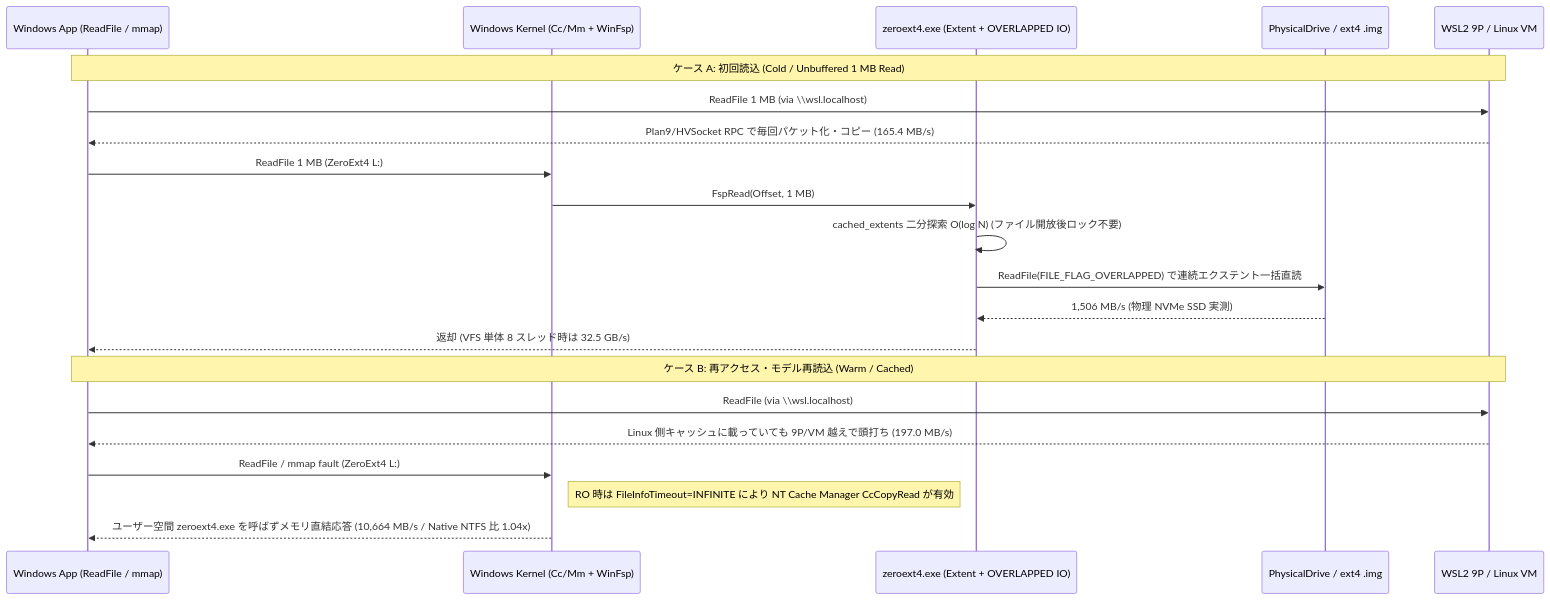
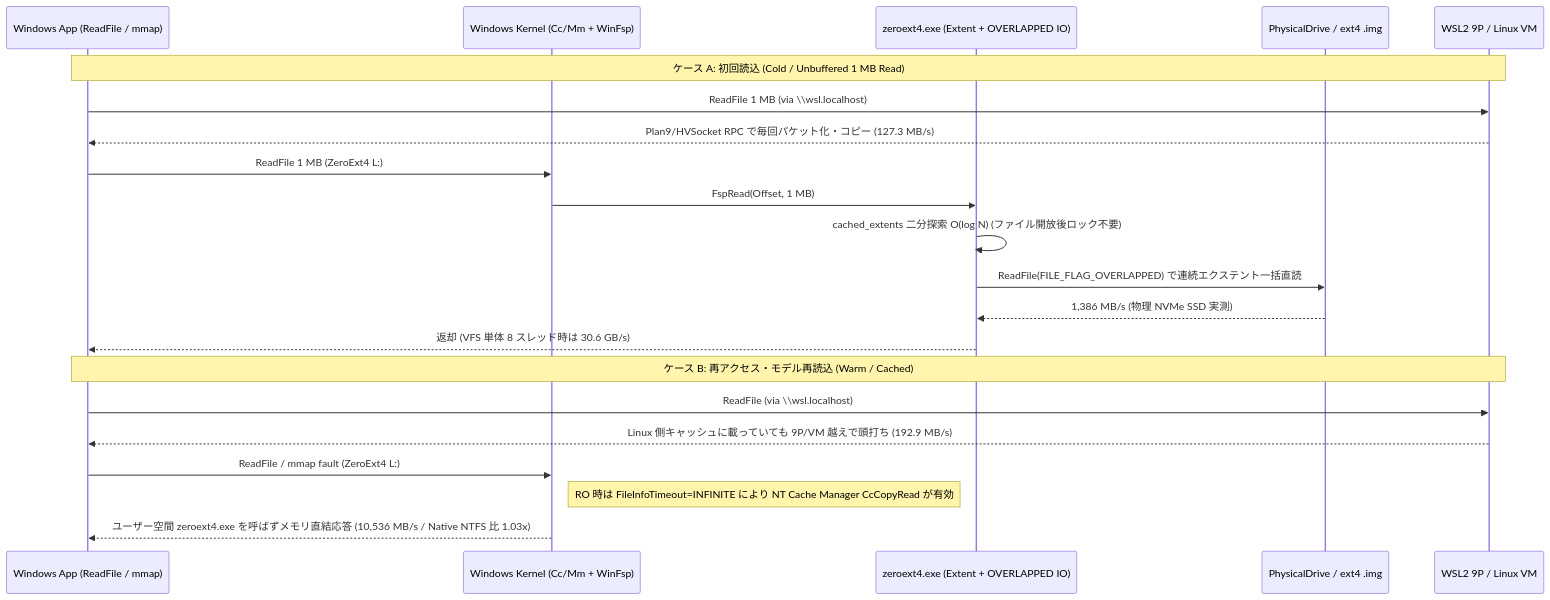
The second of 2 diagrams in docs/overview.md (totatake/ZeroExt), drawn with Mermaid before and after one commit. The commit also changed other lines of this file and 5 other files, not shown here.

````diff
--- a/docs/overview.md
+++ b/docs/overview.md
@@ -62,27 +62,27 @@
 ```mermaid
 sequenceDiagram
     participant App as Windows App (ReadFile / mmap)
     participant Kern as Windows Kernel (Cc/Mm + WinFsp)
     participant Ext as zeroext4.exe (Extent + OVERLAPPED IO)
     participant SSD as PhysicalDrive / ext4 .img
     participant WSL as WSL2 9P / Linux VM
 
     Note over App,WSL: ケース A: 初回読込 (Cold / Unbuffered 1 MB Read)
     App->>WSL: ReadFile 1 MB (via \\wsl.localhost)
-    WSL-->>App: Plan9/HVSocket RPC で毎回パケット化・コピー (165.4 MB/s)
+    WSL-->>App: Plan9/HVSocket RPC で毎回パケット化・コピー (127.3 MB/s)
 
     App->>Kern: ReadFile 1 MB (ZeroExt4 L:)
     Kern->>Ext: FspRead(Offset, 1 MB)
     Ext->>Ext: cached_extents 二分探索 O(log N) (ファイル開放後ロック不要)
     Ext->>SSD: ReadFile(FILE_FLAG_OVERLAPPED) で連続エクステント一括直読
-    SSD-->>Ext: 1,506 MB/s (物理 NVMe SSD 実測)
-    Ext-->>App: 返却 (VFS 単体 8 スレッド時は 32.5 GB/s)
+    SSD-->>Ext: 1,386 MB/s (物理 NVMe SSD 実測)
+    Ext-->>App: 返却 (VFS 単体 8 スレッド時は 30.6 GB/s)
 
     Note over App,WSL: ケース B: 再アクセス・モデル再読込 (Warm / Cached)
     App->>WSL: ReadFile (via \\wsl.localhost)
-    WSL-->>App: Linux 側キャッシュに載っていても 9P/VM 越えで頭打ち (197.0 MB/s)
+    WSL-->>App: Linux 側キャッシュに載っていても 9P/VM 越えで頭打ち (192.9 MB/s)
 
     App->>Kern: ReadFile / mmap fault (ZeroExt4 L:)
     Note right of Kern: RO 時は FileInfoTimeout=INFINITE により NT Cache Manager CcCopyRead が有効
-    Kern-->>App: ユーザー空間 zeroext4.exe を呼ばずメモリ直結応答 (10,664 MB/s / Native NTFS 比 1.04x)
+    Kern-->>App: ユーザー空間 zeroext4.exe を呼ばずメモリ直結応答 (10,536 MB/s / Native NTFS 比 1.03x)
 ```
````
